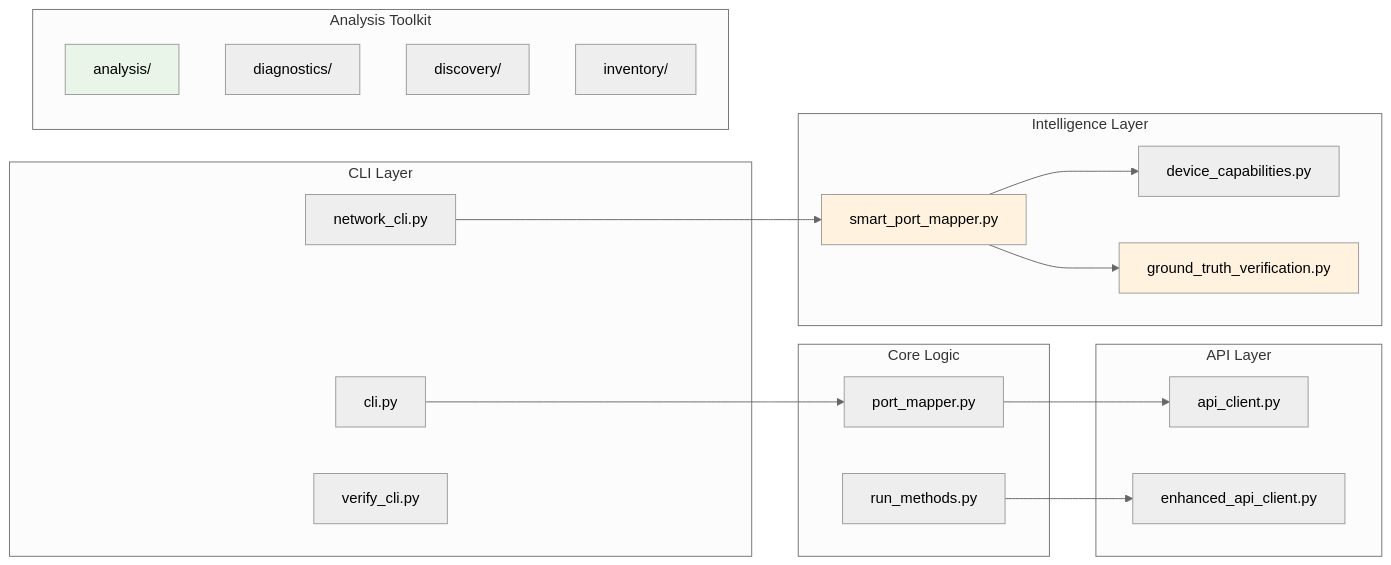
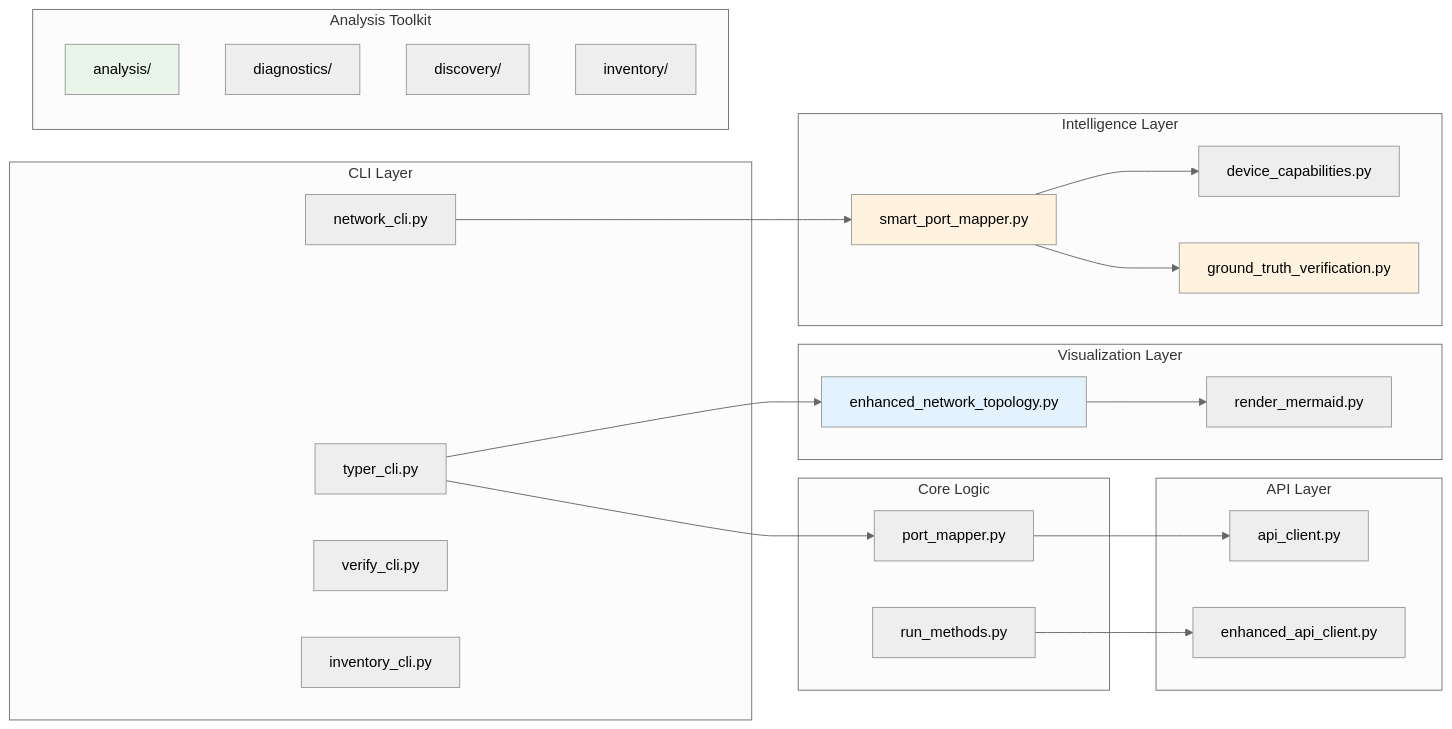
Before and after one commit to NetDevAutomate/unifi_management_cli: the second of 29 diagrams in docs/architecture-and-codemap.md, drawn with Mermaid (neutral theme). The commit also changed other lines of this file and 6 other files, not shown here.

First line of the commit message:
feat: Enhance network topology diagrams with ISP detection and uniform nodes

````diff
--- a/docs/architecture-and-codemap.md
+++ b/docs/architecture-and-codemap.md
@@ -54,42 +54,51 @@
 ```mermaid
 graph LR
     subgraph "CLI Layer"
-        A[cli.py]
+        A[typer_cli.py]
         B[network_cli.py]
         C[verify_cli.py]
+        D2[inventory_cli.py]
+    end
+
+    subgraph "Visualization Layer"
+        V1[enhanced_network_topology.py]
+        V2[render_mermaid.py]
     end
 
     subgraph "Intelligence Layer"
         D[smart_port_mapper.py]
         E[device_capabilities.py]
         F[ground_truth_verification.py]
     end
 
     subgraph "API Layer"
         G[api_client.py]
         H[enhanced_api_client.py]
     end
 
     subgraph "Core Logic"
         I[port_mapper.py]
         J[run_methods.py]
     end
 
     subgraph "Analysis Toolkit"
         K[analysis/]
         L[diagnostics/]
         M[discovery/]
         N[inventory/]
     end
 
     A --> I
+    A --> V1
     B --> D
     D --> E
     D --> F
     I --> G
     J --> H
+    V1 --> V2
 
     style D fill:#fff3e0
     style F fill:#fff3e0
     style K fill:#e8f5e8
+    style V1 fill:#e3f2fd
 ```
````
